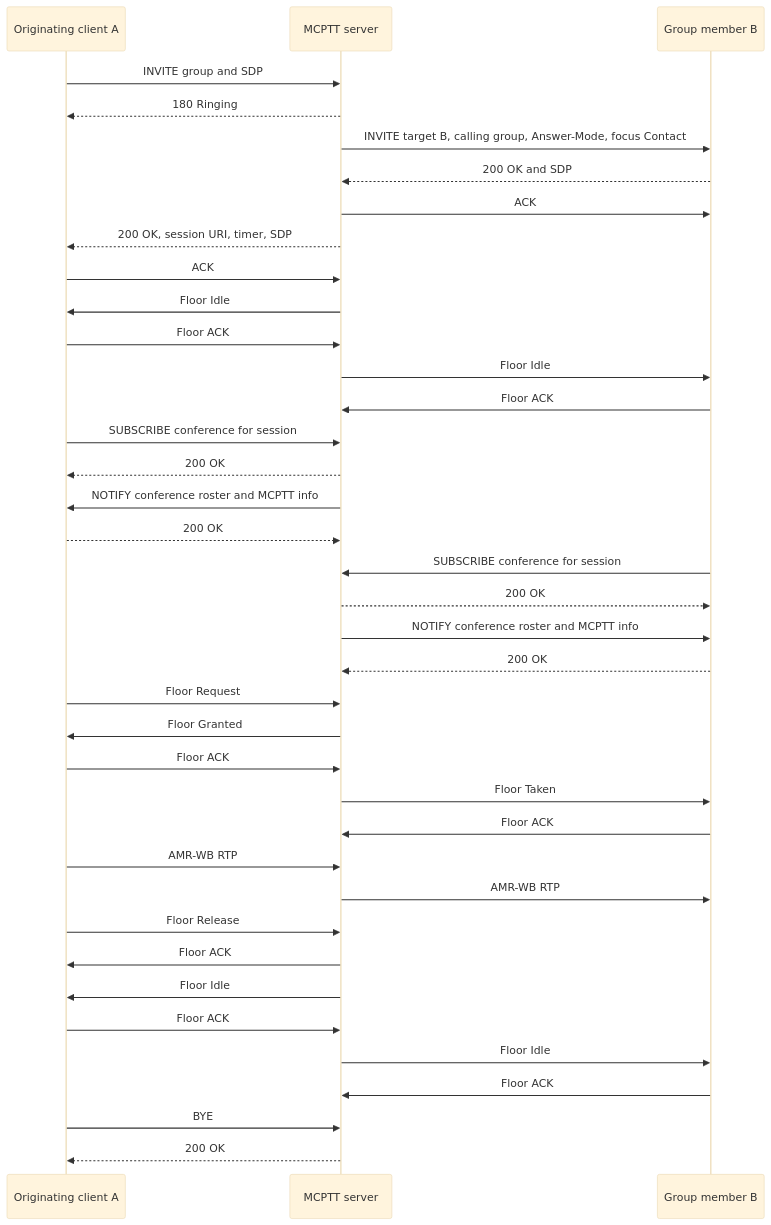
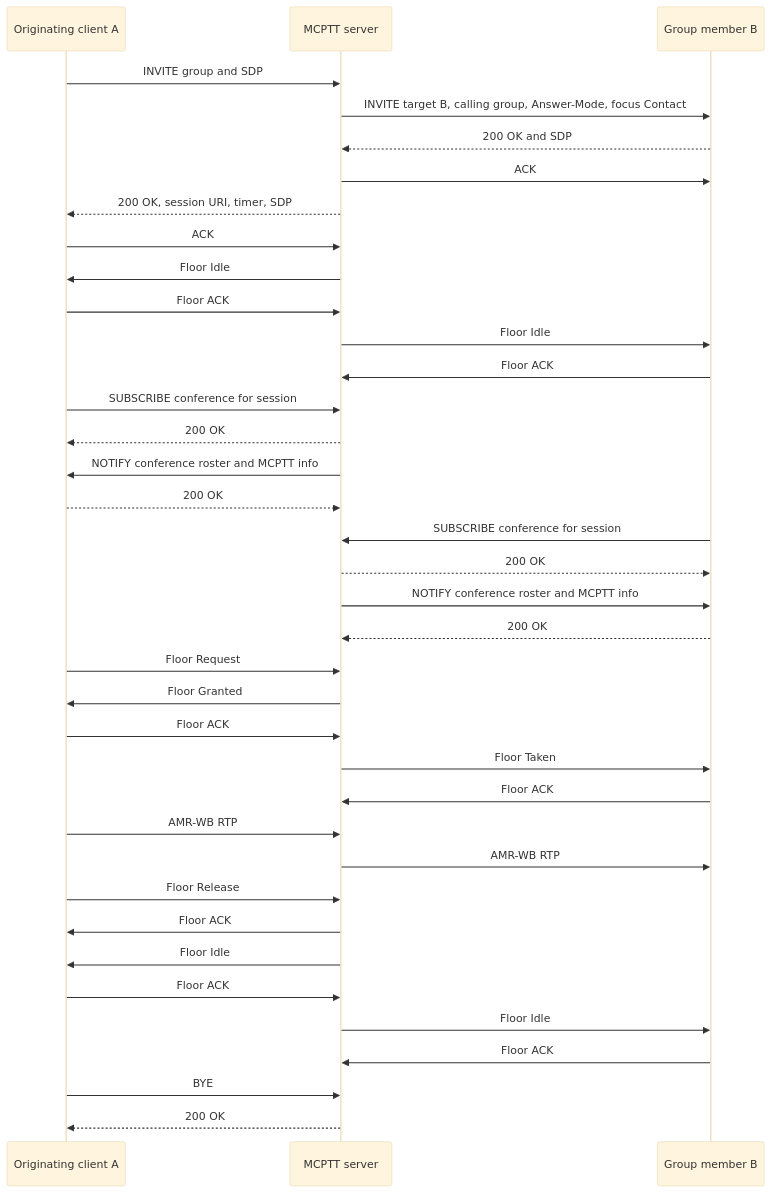
One commit to openMCX/openmcx-server changed the diagram in tutorials/unit-tests/01-group-call-basics/README.md. Above: the diagram before and after it, drawn with Mermaid (base theme). The commit also changed other lines of this file and 258 other files, not shown here.

````diff
--- a/tutorials/unit-tests/01-group-call-basics/README.md
+++ b/tutorials/unit-tests/01-group-call-basics/README.md
@@ -215,40 +218,39 @@
 ```mermaid
 sequenceDiagram
     participant A as Originating client A
     participant S as MCPTT server
     participant B as Group member B
     A->>S: INVITE group and SDP
-    S-->>A: 180 Ringing
     S->>B: INVITE target B, calling group, Answer-Mode, focus Contact
     B-->>S: 200 OK and SDP
     S->>B: ACK
     S-->>A: 200 OK, session URI, timer, SDP
     A->>S: ACK
     S->>A: Floor Idle
     A->>S: Floor ACK
     S->>B: Floor Idle
     B->>S: Floor ACK
     A->>S: SUBSCRIBE conference for session
     S-->>A: 200 OK
     S->>A: NOTIFY conference roster and MCPTT info
     A-->>S: 200 OK
     B->>S: SUBSCRIBE conference for session
     S-->>B: 200 OK
     S->>B: NOTIFY conference roster and MCPTT info
     B-->>S: 200 OK
     A->>S: Floor Request
     S->>A: Floor Granted
     A->>S: Floor ACK
     S->>B: Floor Taken
     B->>S: Floor ACK
     A->>S: AMR-WB RTP
     S->>B: AMR-WB RTP
     A->>S: Floor Release
     S->>A: Floor ACK
     S->>A: Floor Idle
     A->>S: Floor ACK
     S->>B: Floor Idle
     B->>S: Floor ACK
     A->>S: BYE
     S-->>A: 200 OK
 ```
````
